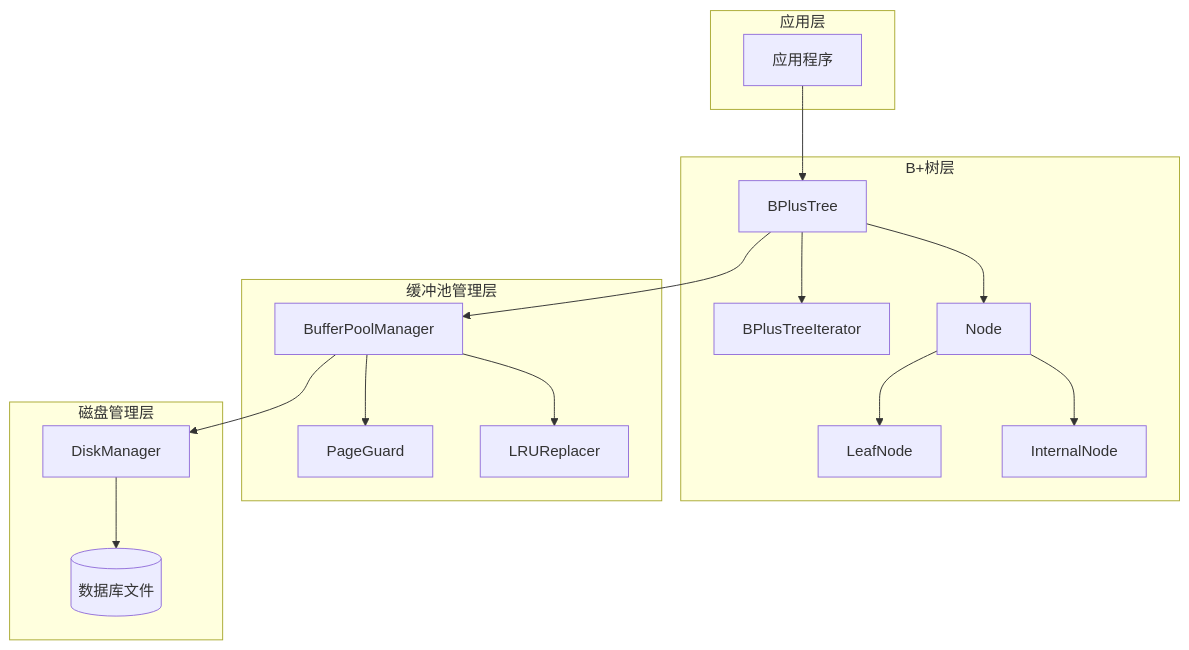
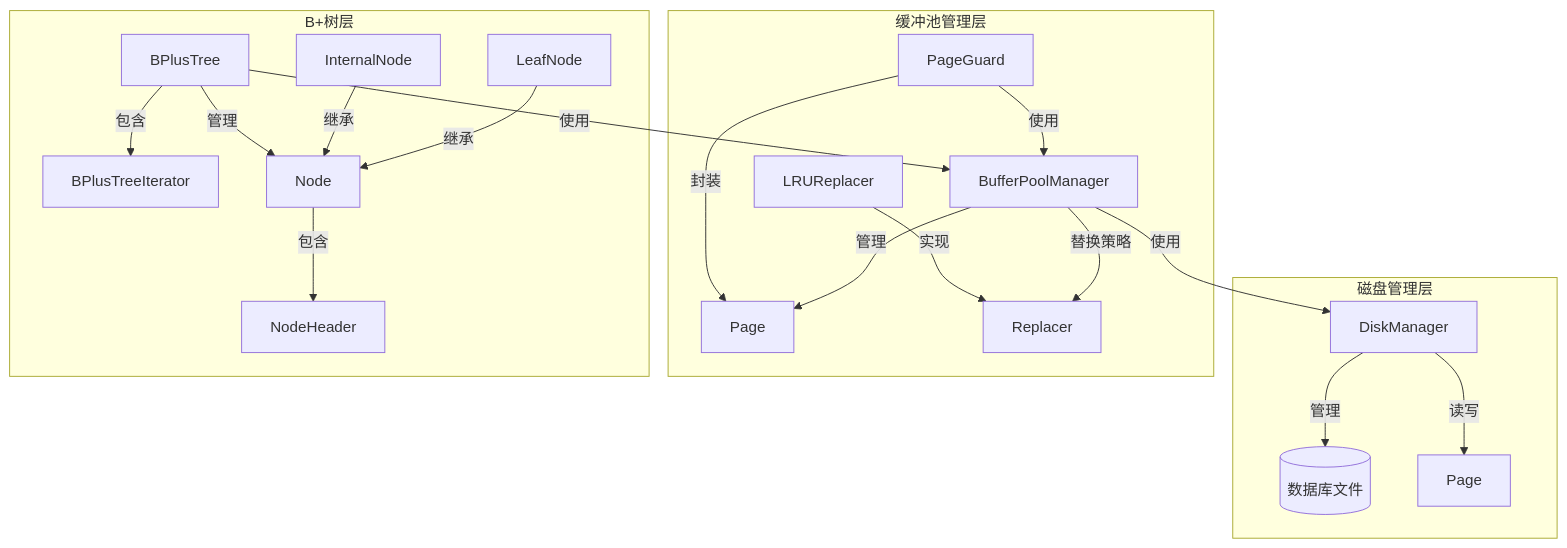
Before and after one commit to 870255728/bptree: the first of 6 diagrams in README.md, drawn with Mermaid. The commit also changed other lines of this file, not shown here.

````diff
--- a/README.md
+++ b/README.md
@@ -35,36 +35,29 @@
 ```mermaid
 graph TD
-    subgraph 应用层
-        APP[应用程序]
+    subgraph 磁盘管理层
+        DM[DiskManager] -- 管理 --> File[(数据库文件)]
+        DM -- 读写 --> P1[Page]
     end
-    
+
+    subgraph 缓冲池管理层
+        BPM[BufferPoolManager] -- 管理 --> P2[Page]
+        BPM -- 替换策略 --> Replacer
+        BPM -- 使用 --> DM
+        LRUReplacer -- 实现 --> Replacer
+        Guard[PageGuard] -- 封装 --> P2
+        Guard -- 使用 --> BPM
+    end
+
     subgraph B+树层
         BPT["BPlusTree<K,V,Comp>"]
         Iter["BPlusTreeIterator"]
-        N["Node<K,V,Comp>"]
-        Leaf["LeafNode<K,V,Comp>"]
-        Internal["InternalNode<K,V,Comp>"]
+        N["Node<K,V,Comp>"] -- 包含 --> NH["NodeHeader"]
+        Leaf["LeafNode<K,V,Comp>"] -- 继承 --> N
+        Internal["InternalNode<K,V,Comp>"] -- 继承 --> N
+        BPT -- 使用 --> BPM
+        BPT -- 包含 --> Iter
+        BPT -- 管理 --> N
     end
-    
-    subgraph 缓冲池管理层
-        BPM[BufferPoolManager]
-        Guard[PageGuard]
-        Replacer[LRUReplacer]
-    end
-    
-    subgraph 磁盘管理层
-        DM[DiskManager]
-        File[(数据库文件)]
-    end
-    
-    APP --> BPT
-    BPT --> BPM
-    BPT --> Iter
-    BPT --> N
-    N --> Leaf
-    N --> Internal
-    BPM --> Guard
-    BPM --> Replacer
-    BPM --> DM
-    DM --> File
+
+%%    classDef default fill:#1f2020,stroke:#333,stroke-width:2px;
 ```
````
